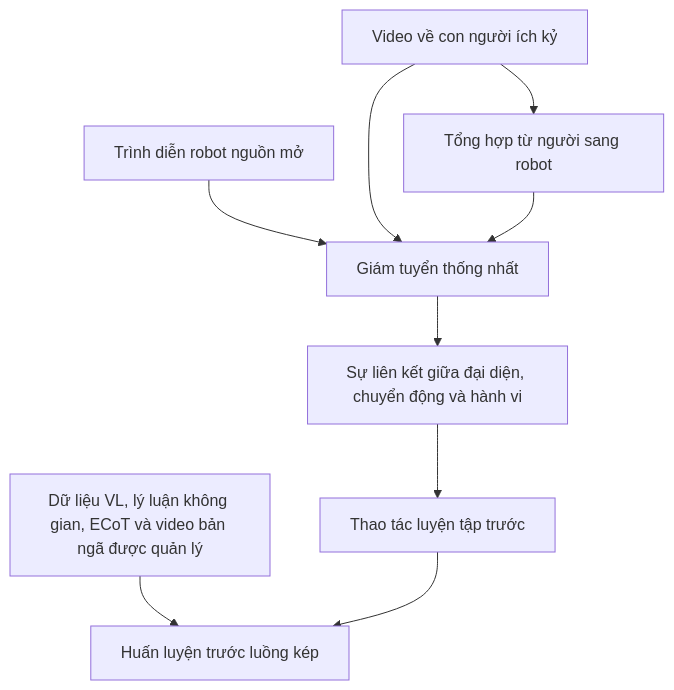
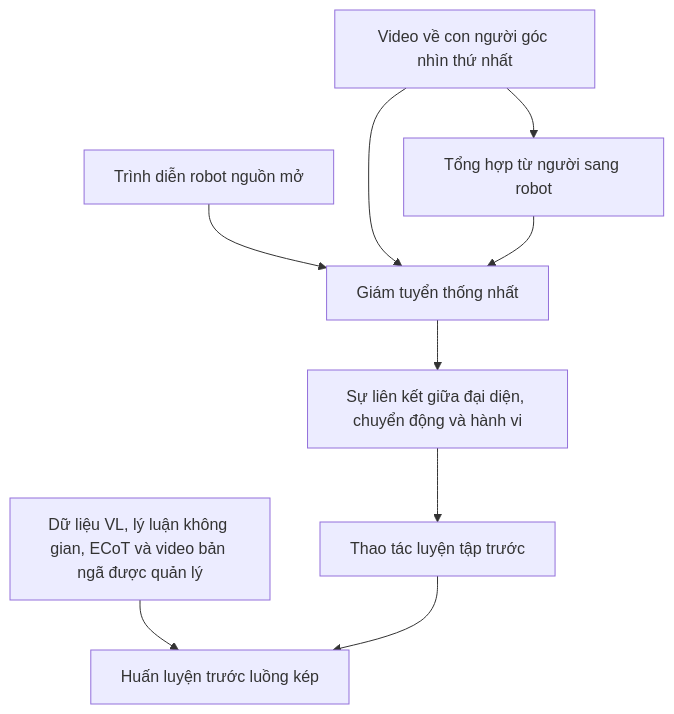
Before and after one commit to cycler04/VinRobotics-VLA: the second of 3 diagrams in docs/research_finding/01-gwen/qwen_models/Qwen-RobotManip/qwen_robotmanip_details.md, drawn with Mermaid. The commit also changed other lines of this file and 79 other files, not shown here.

````diff
--- a/docs/research_finding/01-gwen/qwen_models/Qwen-RobotManip/qwen_robotmanip_details.md
+++ b/docs/research_finding/01-gwen/qwen_models/Qwen-RobotManip/qwen_robotmanip_details.md
@@ -318,11 +318,11 @@
 ```mermaid
 flowchart TD
     R[Trình diễn robot nguồn mở] --> C[Giám tuyển thống nhất]
-    E[Video về con người ích kỷ] --> C
+    E[Video về con người góc nhìn thứ nhất] --> C
     E --> H2R[Tổng hợp từ người sang robot]
     H2R --> C
     C --> A[Sự liên kết giữa đại diện, chuyển động và hành vi]
     A --> P[Thao tác luyện tập trước]
     VL[Dữ liệu VL, lý luận không gian, ECoT và video bản ngã được quản lý] --> TRAIN[Huấn luyện trước luồng kép]
     P --> TRAIN
 ```
````
